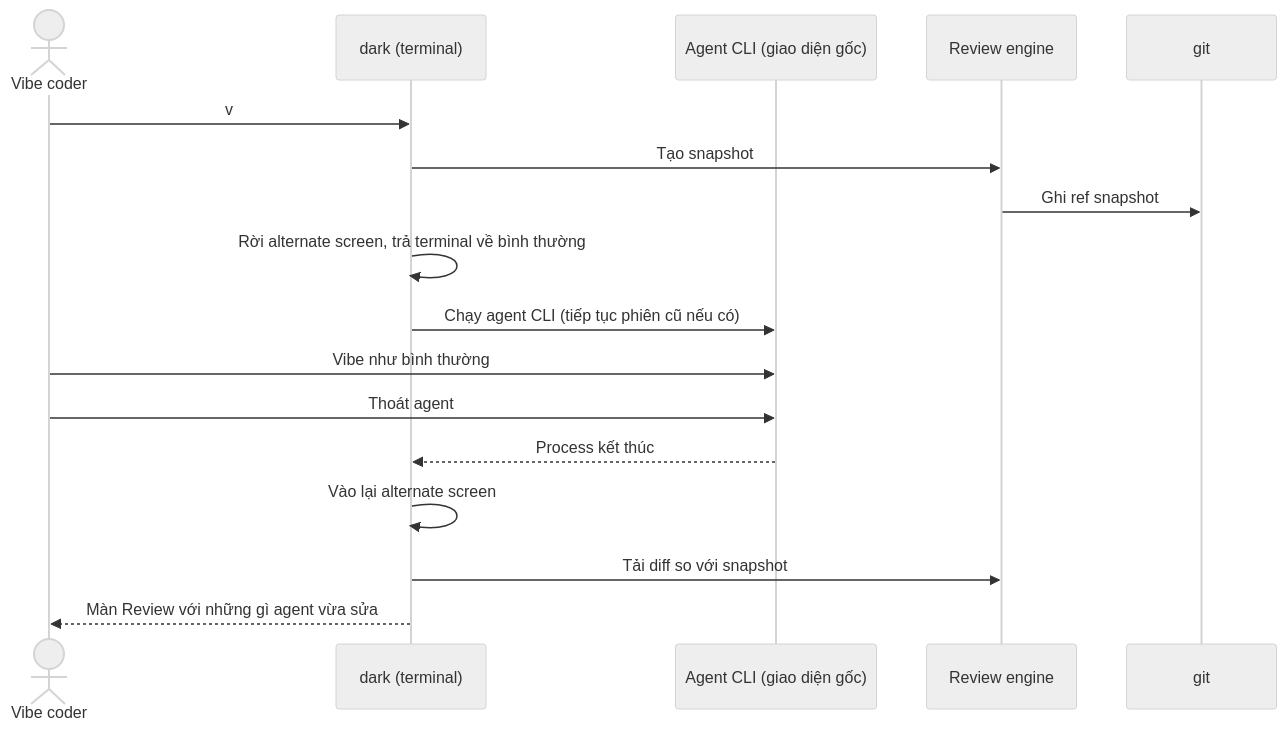
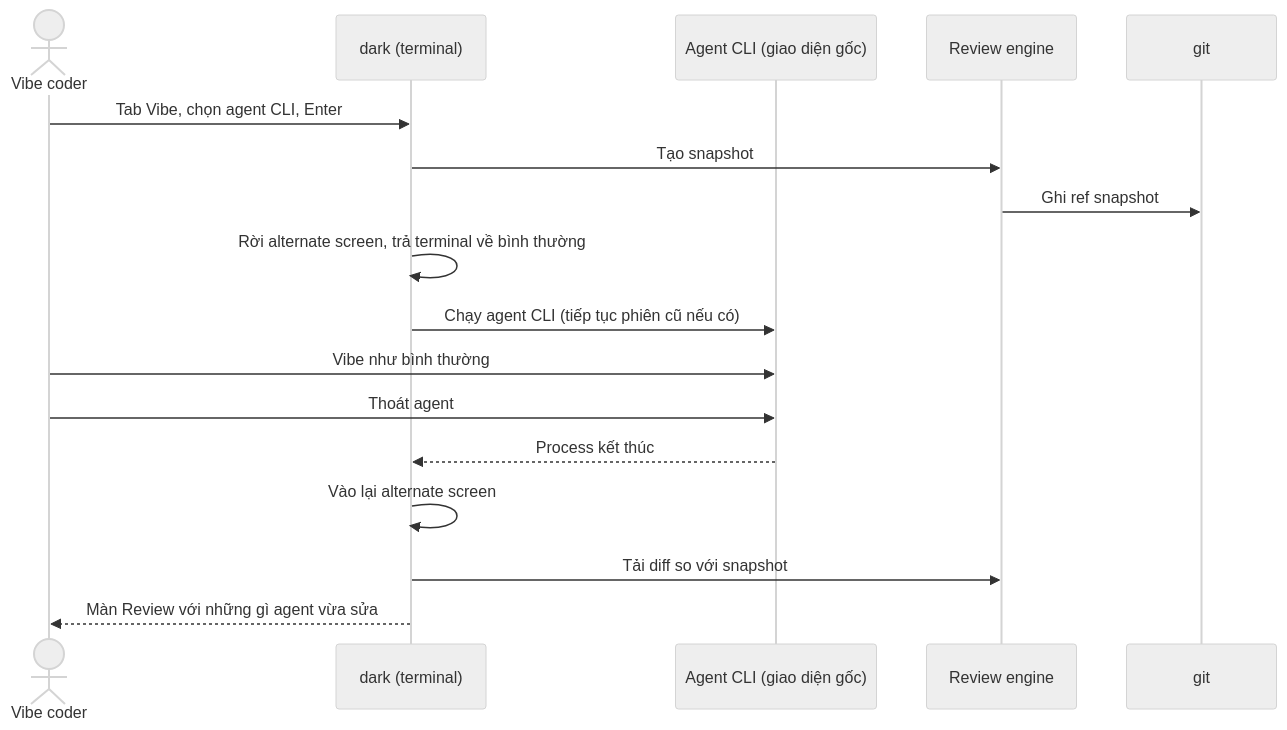
The sixth of 11 diagrams in docs/SEQUENCE.md (lhnhidev/dark), drawn with Mermaid (neutral theme) before and after one commit. The commit also changed other lines of this file and 13 other files, not shown here.

Commit message:
docs: define seven-tab interface and roadmap

````diff
--- a/docs/SEQUENCE.md
+++ b/docs/SEQUENCE.md
@@ -166,20 +166,20 @@
 ```mermaid
 sequenceDiagram
     actor U as Vibe coder
     participant D as dark (terminal)
     participant AG as Agent CLI (giao diện gốc)
     participant RV as Review engine
     participant G as git
 
-    U->>D: v
+    U->>D: Tab Vibe, chọn agent CLI, Enter
     D->>RV: Tạo snapshot
     RV->>G: Ghi ref snapshot
     D->>D: Rời alternate screen, trả terminal về bình thường
     D->>AG: Chạy agent CLI (tiếp tục phiên cũ nếu có)
     U->>AG: Vibe như bình thường
     U->>AG: Thoát agent
     AG-->>D: Process kết thúc
     D->>D: Vào lại alternate screen
     D->>RV: Tải diff so với snapshot
     D-->>U: Màn Review với những gì agent vừa sửa
 ```
````
